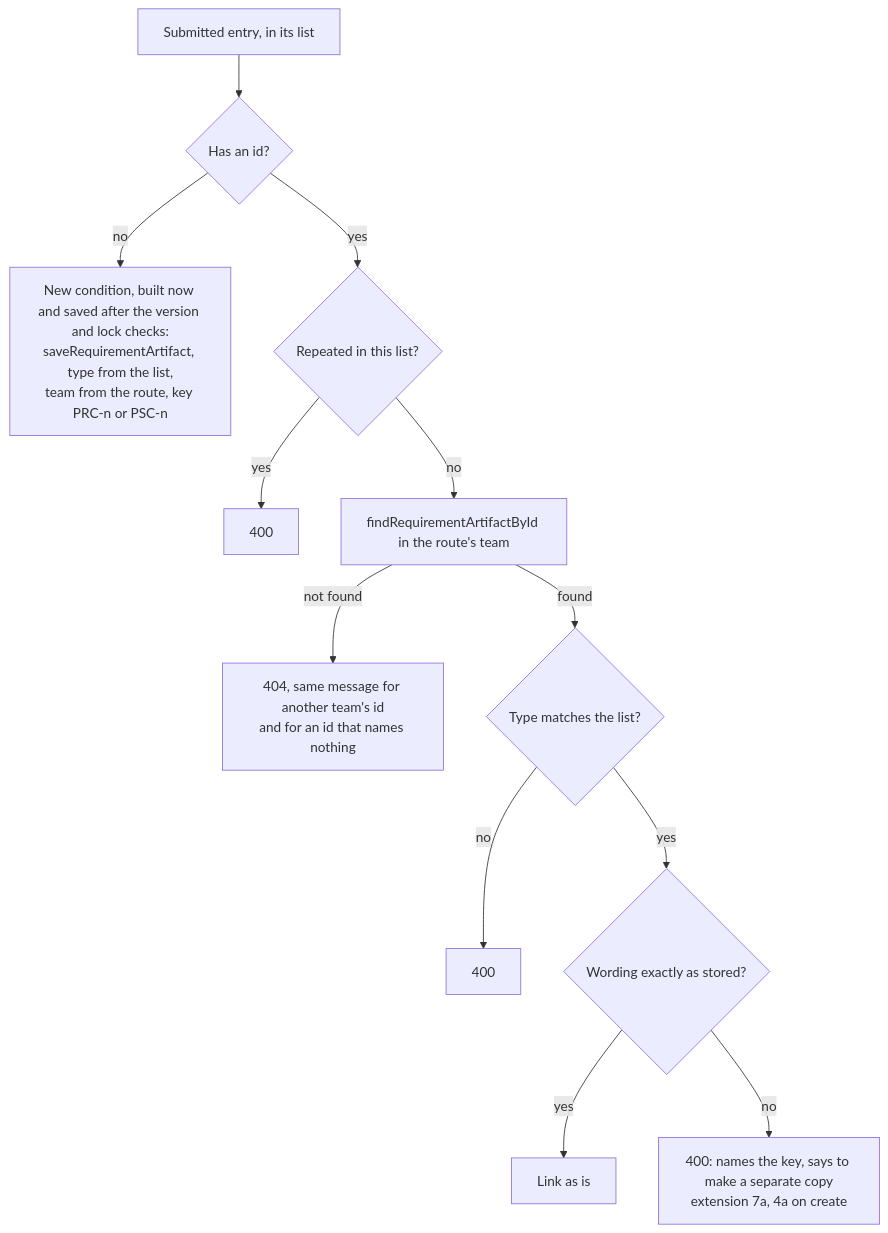
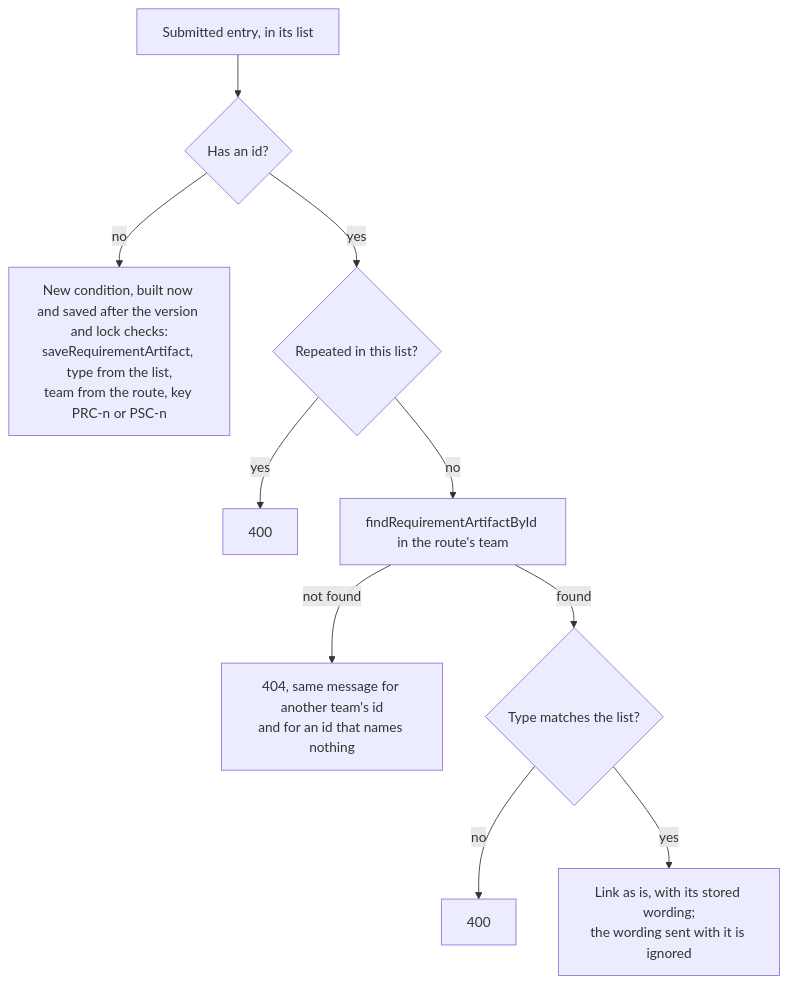
One commit to Washingtonwei/project-pulse changed the fourth of 8 diagrams in docs/design/doc.md. Above: the diagram before and after it, drawn with Mermaid. The commit also changed other lines of this file and 2 other files, not shown here.

First line of the commit message:
Ignore the wording sent with an existing condition instead of refusing it

````diff
--- a/docs/design/doc.md
+++ b/docs/design/doc.md
@@ -206,14 +206,12 @@
 ```mermaid
 flowchart TD
     A[Submitted entry, in its list] --> B{Has an id?}
     B -- no --> N[New condition, built now and saved after the version and lock checks:<br/>saveRequirementArtifact, type from the list,<br/>team from the route, key PRC-n or PSC-n]
     B -- yes --> D{Repeated in this list?}
     D -- yes --> X400d[400]
     D -- no --> L[findRequirementArtifactById in the route's team]
     L -- not found --> X404[404, same message for another team's id<br/>and for an id that names nothing]
     L -- found --> T{Type matches the list?}
     T -- no --> X400a[400]
-    T -- yes --> W{Wording exactly as stored?}
-    W -- yes --> K[Link as is]
-    W -- no --> X400b[400: names the key, says to make a separate copy<br/>extension 7a, 4a on create]
+    T -- yes --> K[Link as is, with its stored wording;<br/>the wording sent with it is ignored]
 ```
````
